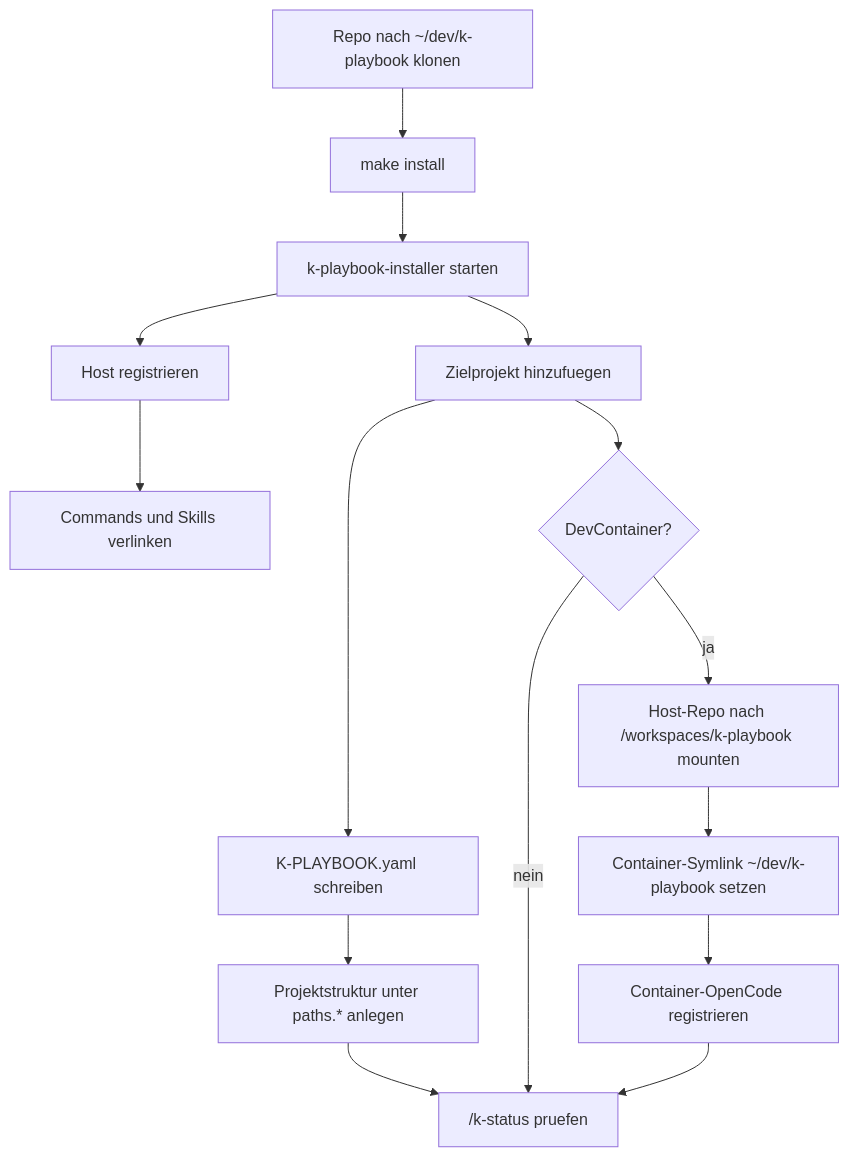
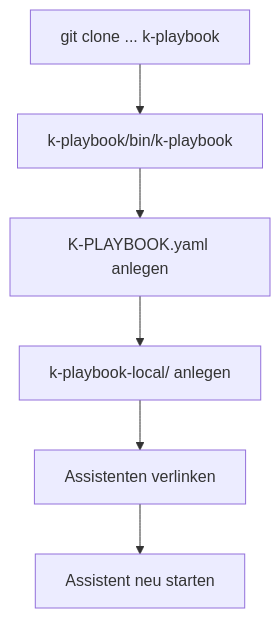
One commit to kascada/k-playbook changed the second of 3 diagrams in docs/handbuch.md. Above: the diagram before and after it, drawn with Mermaid. The commit also changed other lines of this file and 34 other files, not shown here.

````diff
--- a/docs/handbuch.md
+++ b/docs/handbuch.md
@@ -72,17 +93,8 @@
 ```mermaid
 flowchart TD
-    A["Repo nach ~/dev/k-playbook klonen"] --> B["make install"]
-    B --> C["k-playbook-installer starten"]
-    C --> D["Host registrieren"]
-    D --> E["Commands und Skills verlinken"]
-    C --> F["Zielprojekt hinzufuegen"]
-    F --> G["K-PLAYBOOK.yaml schreiben"]
-    G --> H["Projektstruktur unter paths.* anlegen"]
-    H --> I["/k-status pruefen"]
-    F --> J{"DevContainer?"}
-    J -->|ja| K["Host-Repo nach /workspaces/k-playbook mounten"]
-    K --> L["Container-Symlink ~/dev/k-playbook setzen"]
-    L --> M["Container-OpenCode registrieren"]
-    J -->|nein| I
-    M --> I
+    A["git clone ... k-playbook"] --> B["k-playbook/bin/k-playbook"]
+    B --> C["K-PLAYBOOK.yaml anlegen"]
+    C --> D["k-playbook-local/ anlegen"]
+    D --> E["Assistenten verlinken"]
+    E --> F["Assistent neu starten"]
 ```
````
